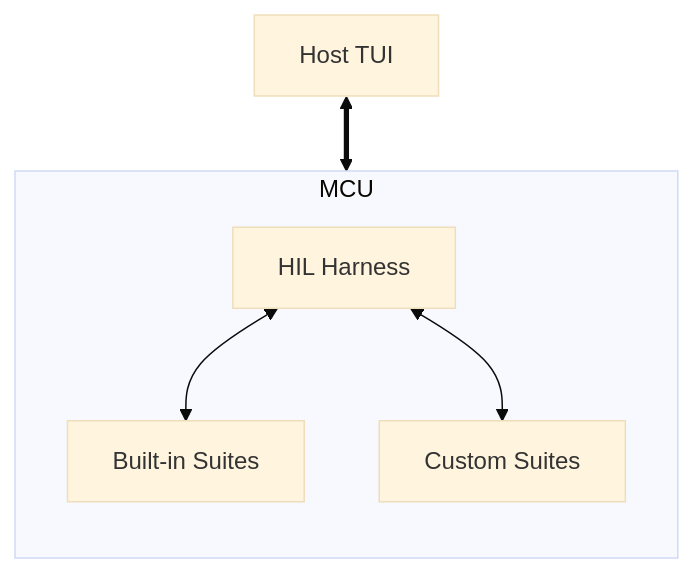
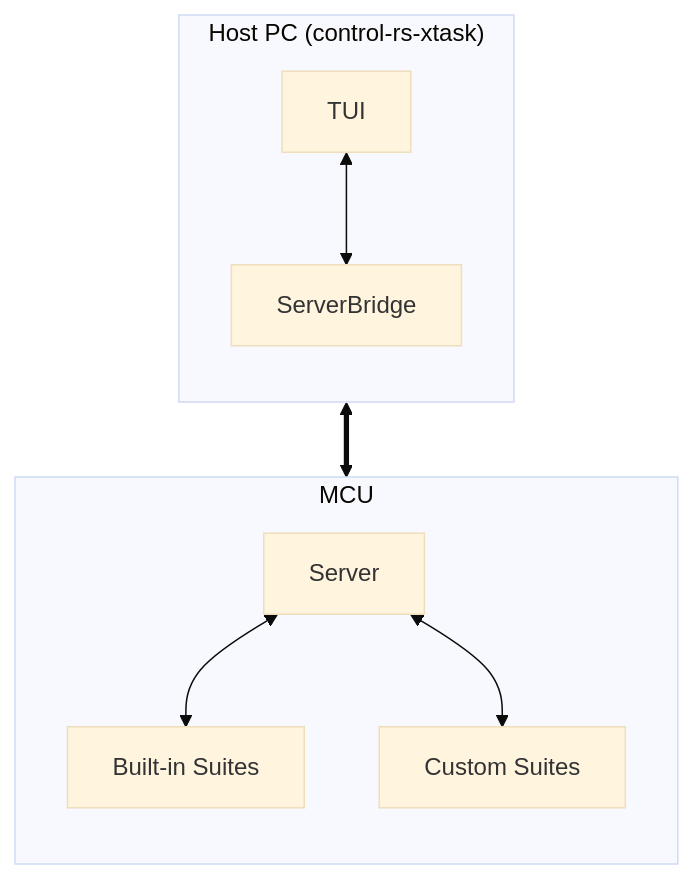
One commit to Dyse-Industries/control-rs changed the diagram in documentation/xtask/control-rs-hil-overview.md. Above: the diagram before and after it, drawn with Mermaid (base theme). The commit also changed other lines of this file and 56 other files, not shown here.

````diff
--- a/documentation/xtask/control-rs-hil-overview.md
+++ b/documentation/xtask/control-rs-hil-overview.md
@@ -46,15 +41,20 @@
 ```mermaid
 flowchart TD
-    Host["Host TUI"]
+    Host <==> MCU
+
+    subgraph Host ["Host PC (control-rs-xtask)"]
+        direction TB
+        TUI["TUI"]
+        Bridge["ServerBridge"]
+        TUI <--> Bridge
+    end
 
     subgraph MCU ["MCU"]
         direction TB
-        Harness["HIL Harness"]
+        Server["Server"]
         BuiltIn["Built-in Suites"]
         Custom["Custom Suites"]
-        Harness <--> BuiltIn
-        Harness <--> Custom
+        Server <--> BuiltIn
+        Server <--> Custom
     end
-
-    Host <==> MCU
 ```
````
